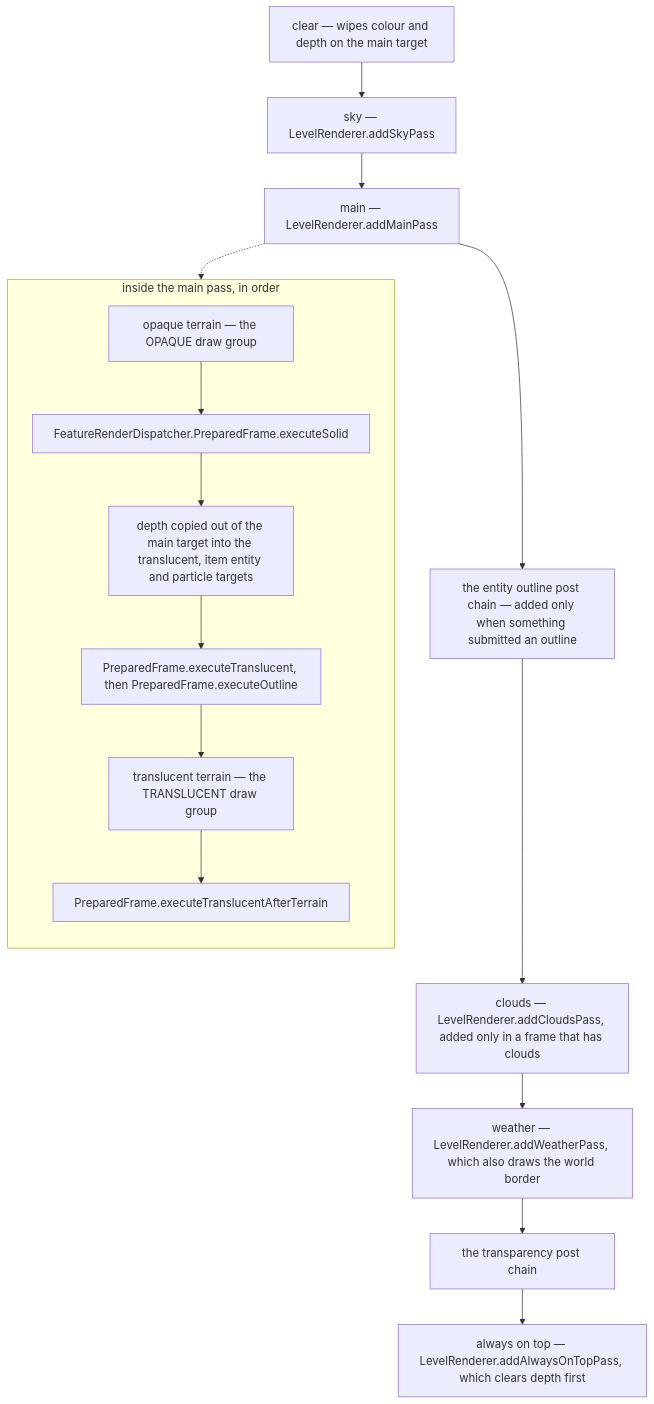
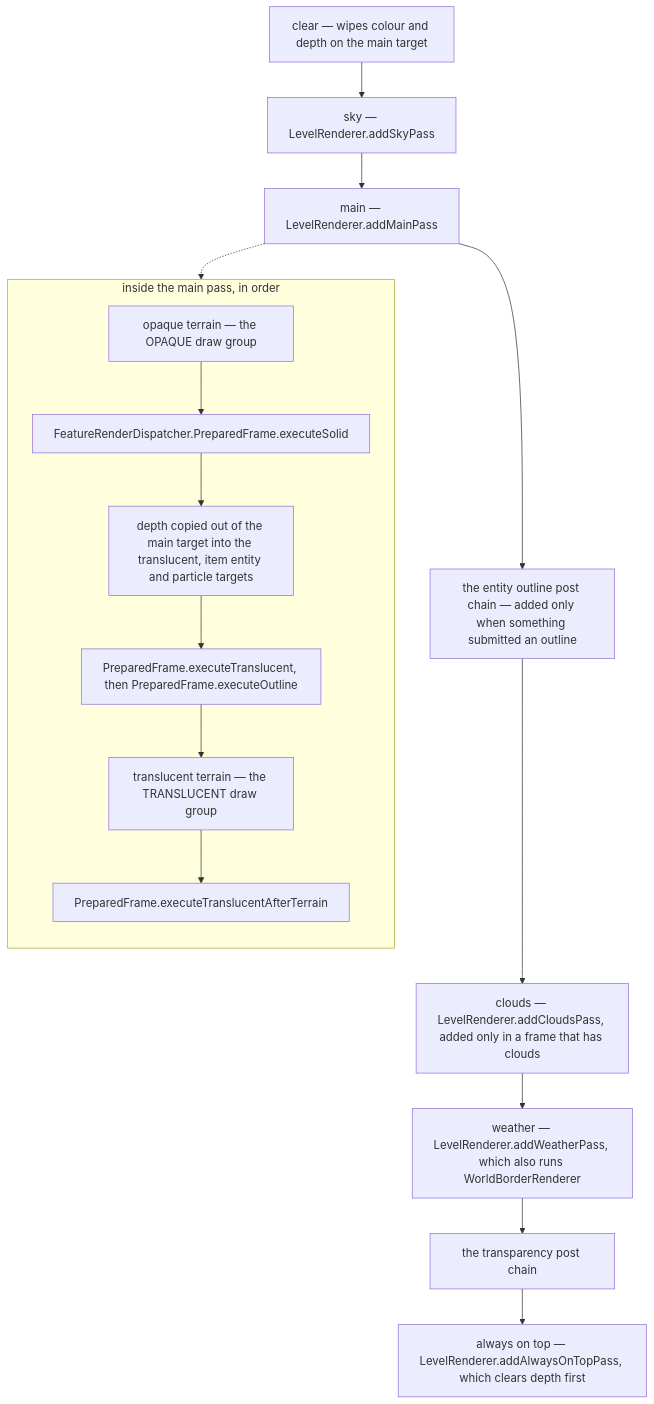
One commit to AlexanderjFraser/MinecraftDocs changed the second of 2 diagrams in src/systems/rendering/visibility-and-the-frame-graph.md. Above: the diagram before and after it, drawn with Mermaid. The commit also changed other lines of this file and 24 other files, not shown here.

````diff
--- a/src/systems/rendering/visibility-and-the-frame-graph.md
+++ b/src/systems/rendering/visibility-and-the-frame-graph.md
@@ -190,23 +195,23 @@
 ```mermaid
 flowchart TD
     CLEAR["clear — wipes colour and depth on the main target"]
     SKY["sky — LevelRenderer.addSkyPass"]
     MAIN["main — LevelRenderer.addMainPass"]
     OUT["the entity outline post chain — added only when something submitted an outline"]
     CLOUDS["clouds — LevelRenderer.addCloudsPass, added only in a frame that has clouds"]
-    WEATHER["weather — LevelRenderer.addWeatherPass, which also draws the world border"]
+    WEATHER["weather — LevelRenderer.addWeatherPass, which also runs WorldBorderRenderer"]
     TRANS["the transparency post chain"]
     TOP["always on top — LevelRenderer.addAlwaysOnTopPass, which clears depth first"]
     CLEAR --> SKY --> MAIN --> OUT --> CLOUDS --> WEATHER --> TRANS --> TOP
     subgraph INSIDE ["inside the main pass, in order"]
         direction TB
         T1["opaque terrain — the OPAQUE draw group"]
         T2["FeatureRenderDispatcher.PreparedFrame.executeSolid"]
         T3["depth copied out of the main target into the translucent, item entity and particle targets"]
         T4["PreparedFrame.executeTranslucent, then PreparedFrame.executeOutline"]
         T5["translucent terrain — the TRANSLUCENT draw group"]
         T6["PreparedFrame.executeTranslucentAfterTerrain"]
         T1 --> T2 --> T3 --> T4 --> T5 --> T6
     end
     MAIN -.-> INSIDE
 ```
````
